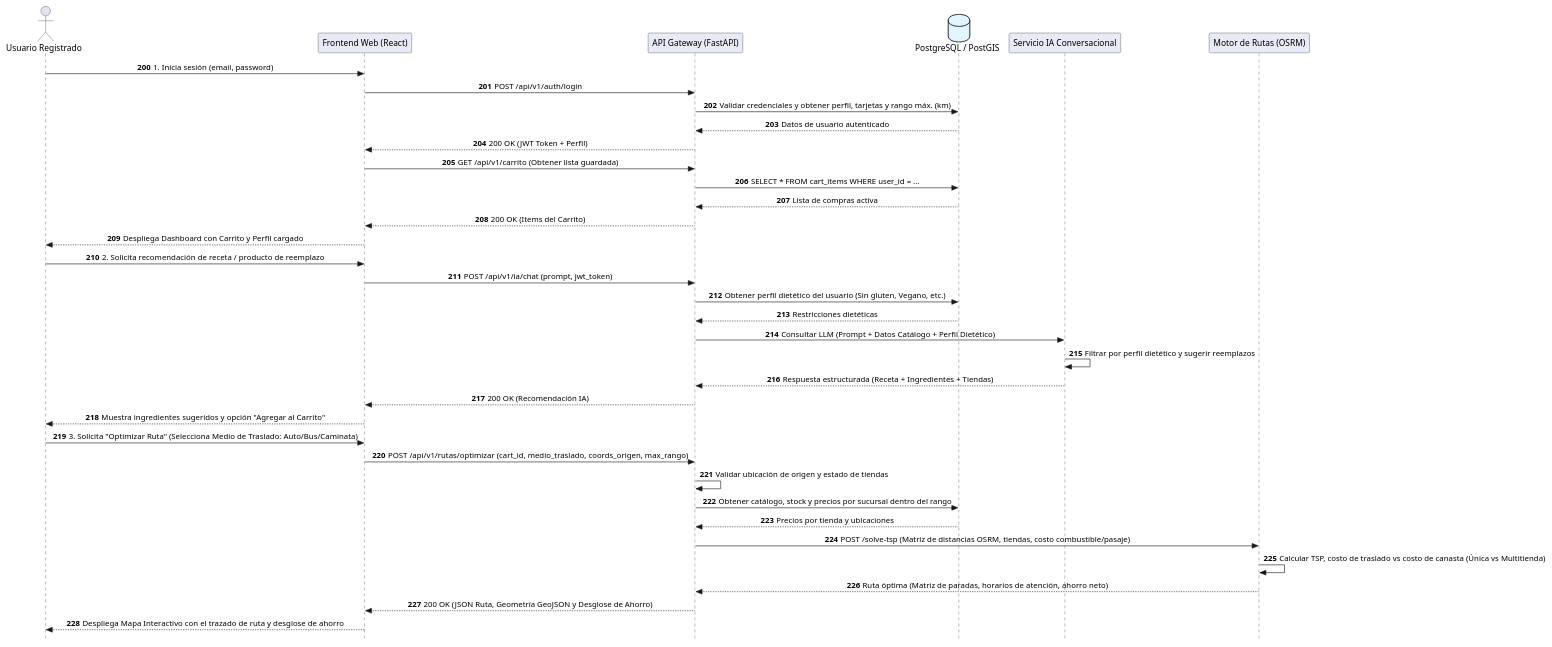
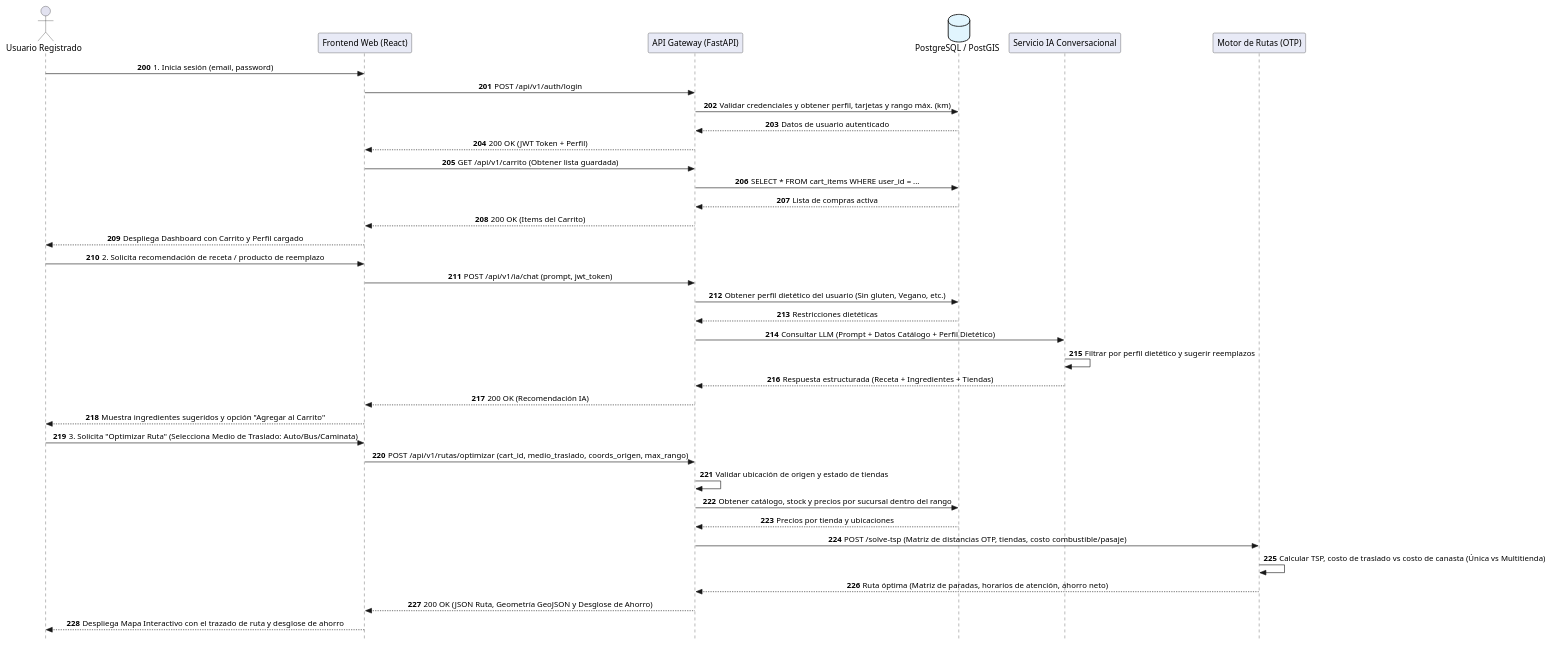
One commit to danirc2024/Taller_integracion_III changed the diagram in docs/Diagramas/secuencia_registrado.puml. Above: the diagram before and after it, drawn with PlantUML. The commit also changed 20 other files, not shown here.

```diff
--- a/docs/Diagramas/secuencia_registrado.puml
+++ b/docs/Diagramas/secuencia_registrado.puml
@@ -1,57 +1,57 @@
 @startuml Diagrama_Secuencia_Usuario_Registrado
 skinparam Style StrictUml
 skinparam SequenceMessageAlignment center
 skinparam DatabaseBackgroundColor #E1F5FE
 skinparam ParticipantBackgroundColor #E8EAF6
 
 actor "Usuario Registrado" as User
 participant "Frontend Web (React)" as UI
 participant "API Gateway (FastAPI)" as API
 database "PostgreSQL / PostGIS" as DB
 participant "Servicio IA Conversacional" as AI
-participant "Motor de Rutas (OSRM)" as RouteEngine
+participant "Motor de Rutas (OTP)" as RouteEngine
 
 autonumber 200
 
 box "1. Login, Carga de Perfil y Carrito (ucLogin, ucPerfil, ucCarrito)" #E8EAF6
     User -> UI : 1. Inicia sesión (email, password)
     UI -> API : POST /api/v1/auth/login
     API -> DB : Validar credenciales y obtener perfil, tarjetas y rango máx. (km)
     DB --> API : Datos de usuario autenticado
     API --> UI : 200 OK (JWT Token + Perfil)
     
     UI -> API : GET /api/v1/carrito (Obtener lista guardada)
     API -> DB : SELECT * FROM cart_items WHERE user_id = ...
     DB --> API : Lista de compras activa
     API --> UI : 200 OK (Items del Carrito)
     UI --> User : Despliega Dashboard con Carrito y Perfil cargado
 end box
 
 box "2. Asistente IA Conversacional y Reemplazo de Productos (ucIA, ucReemplazo)" #F3E5F5
     User -> UI : 2. Solicita recomendación de receta / producto de reemplazo
     UI -> API : POST /api/v1/ia/chat (prompt, jwt_token)
     API -> DB : Obtener perfil dietético del usuario (Sin gluten, Vegano, etc.)
     DB --> API : Restricciones dietéticas
     API -> AI : Consultar LLM (Prompt + Datos Catálogo + Perfil Dietético)
     AI -> AI : Filtrar por perfil dietético y sugerir reemplazos
     AI --> API : Respuesta estructurada (Receta + Ingredientes + Tiendas)
     API --> UI : 200 OK (Recomendación IA)
     UI --> User : Muestra ingredientes sugeridos y opción "Agregar al Carrito"
 end box
 
 box "3. Optimización de Ruta de Compra y Traslado (ucRuta, ucHorarios, Costos)" #E8F5E9
     User -> UI : 3. Solicita "Optimizar Ruta" (Selecciona Medio de Traslado: Auto/Bus/Caminata)
     UI -> API : POST /api/v1/rutas/optimizar (cart_id, medio_traslado, coords_origen, max_rango)
     API -> API : Validar ubicación de origen y estado de tiendas
     API -> DB : Obtener catálogo, stock y precios por sucursal dentro del rango
     DB --> API : Precios por tienda y ubicaciones
     
-    API -> RouteEngine : POST /solve-tsp (Matriz de distancias OSRM, tiendas, costo combustible/pasaje)
+    API -> RouteEngine : POST /solve-tsp (Matriz de distancias OTP, tiendas, costo combustible/pasaje)
     RouteEngine -> RouteEngine : Calcular TSP, costo de traslado vs costo de canasta (Única vs Multitienda)
     RouteEngine --> API : Ruta óptima (Matriz de paradas, horarios de atención, ahorro neto)
     
     API --> UI : 200 OK (JSON Ruta, Geometría GeoJSON y Desglose de Ahorro)
     UI --> User : Despliega Mapa Interactivo con el trazado de ruta y desglose de ahorro
 end box
 
 @enduml
```
